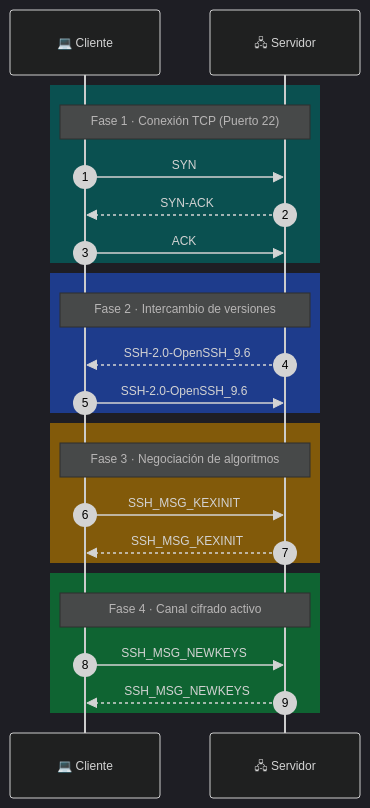
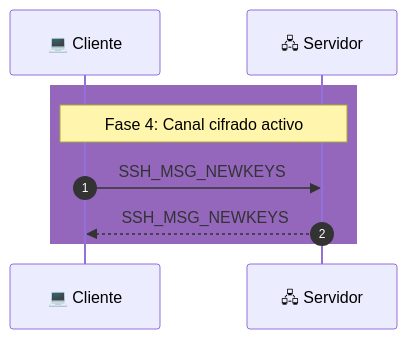
One commit to acapovilla/ssh-presentation changed the fourth of 4 diagrams in handshake.qmd. Above: the diagram before and after it, drawn with Mermaid. The commit also changed other lines of this file and 5 other files, not shown here.

````diff
--- a/handshake.qmd
+++ b/handshake.qmd
@@ -77,29 +152,20 @@
 ```{mermaid}
-%%{init: {'fontSize': 12, 'theme': 'dark'}}%%
+%%| fig-align: center
+---
+displayMode: compact
+config:
+  htmlLabels: false
+---
+
+
 sequenceDiagram
     autonumber
     participant C as 💻 Cliente
     participant S as 🖧 Servidor
 
-    rect rgb(10, 80, 80)
-        note over C,S: Fase 1 · Conexión TCP (Puerto 22)
-        C->>S: SYN
-        S-->>C: SYN-ACK
-        C->>S: ACK
-    end
-    rect rgb(30, 60, 140)
-        note over C,S: Fase 2 · Intercambio de versiones
-        S-->>C: SSH-2.0-OpenSSH_9.6
-        C->>S: SSH-2.0-OpenSSH_9.6
-    end
-    rect rgb(130, 90, 10)
-        note over C,S: Fase 3 · Negociación de algoritmos
-        C->>S: SSH_MSG_KEXINIT
-        S-->>C: SSH_MSG_KEXINIT
-    end
-    rect rgb(15, 100, 50)
-        note over C,S: Fase 4 · Canal cifrado activo
+    rect rgb(148, 103, 189)
+        note over C,S: Fase 4: Canal cifrado activo
         C->>S: SSH_MSG_NEWKEYS
         S-->>C: SSH_MSG_NEWKEYS
     end
 ```
````
